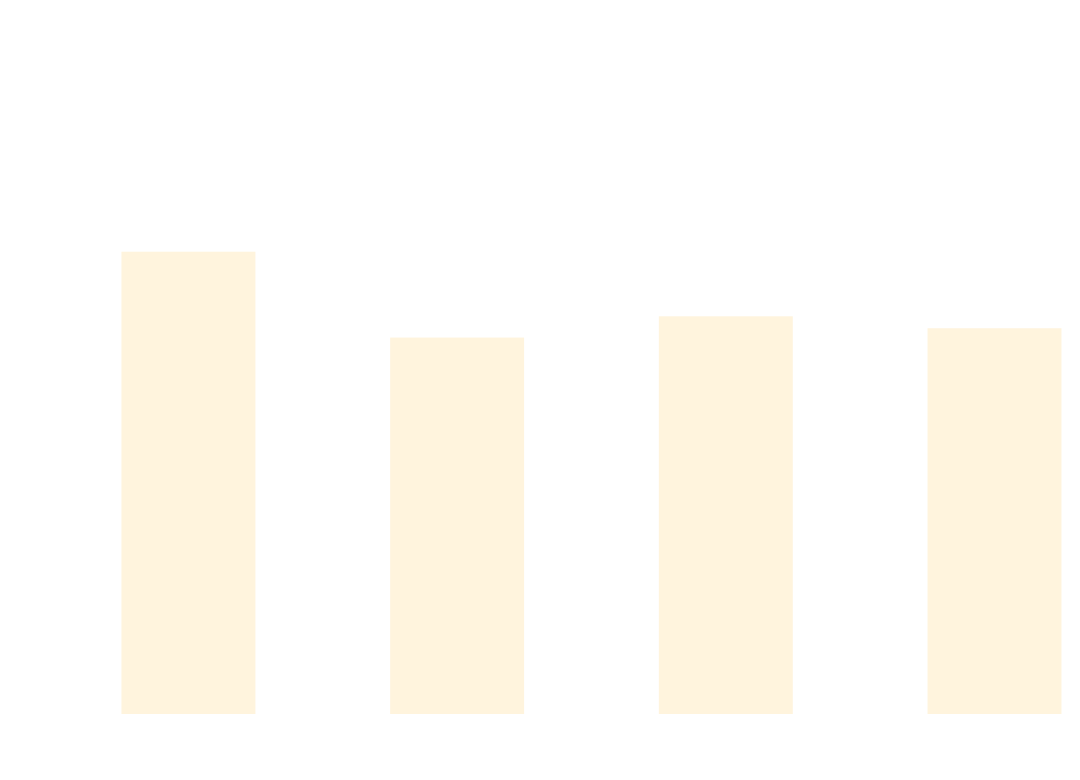
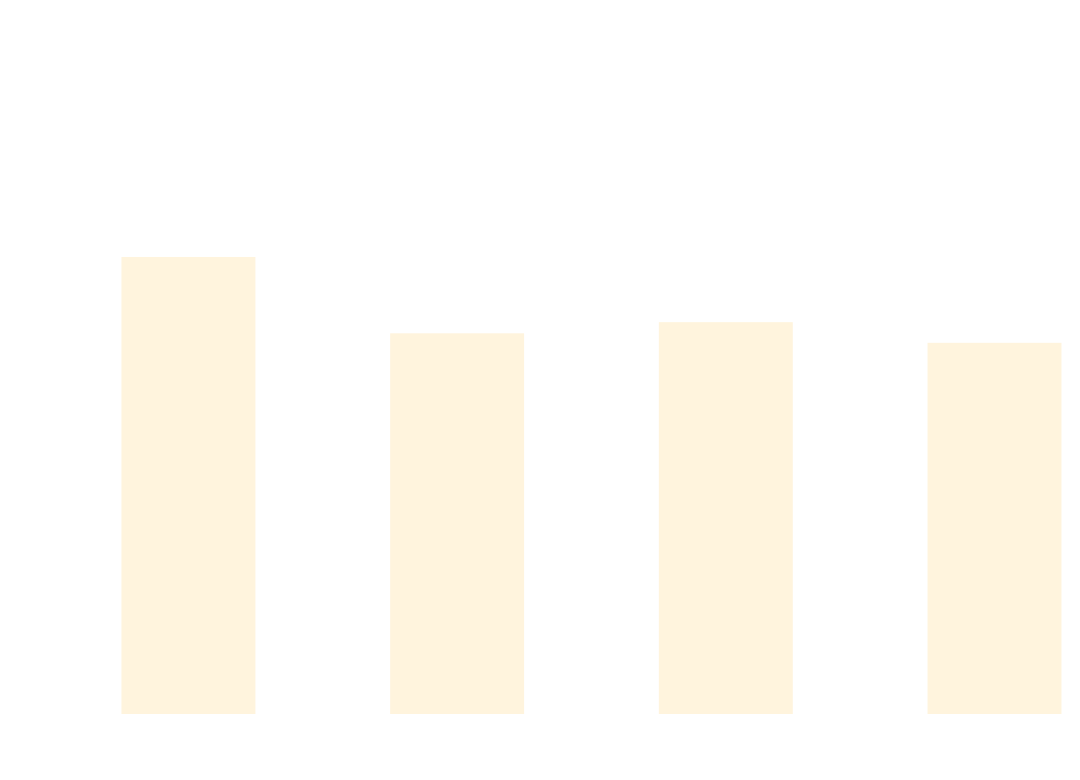
One commit to thomhurst/TUnit changed the diagram in docs/docs/benchmarks/BuildTime.md. Above: the diagram before and after it, drawn with Mermaid. The commit also changed other lines of this file and 17 other files, not shown here.

````diff
--- a/docs/docs/benchmarks/BuildTime.md
+++ b/docs/docs/benchmarks/BuildTime.md
@@ -28,37 +28,37 @@
 ```mermaid
 %%{init: {
   'theme':'base',
   'themeVariables': {
     'primaryColor': '#2563eb',
     'primaryTextColor': '#ffffff',
     'primaryBorderColor': '#1e40af',
     'lineColor': '#6b7280',
     'secondaryColor': '#7c3aed',
     'tertiaryColor': '#dc2626',
     'background': '#ffffff',
     'mainBkg': '#2563eb',
     'secondBkg': '#7c3aed',
     'tertiaryBkg': '#dc2626',
     'clusterBkg': '#f3f4f6',
     'edgeLabelBackground': '#ffffff',
     'tertiaryTextColor': '#1f2937',
     'pie1': '#2563eb',
     'pie2': '#7c3aed',
     'pie3': '#dc2626',
     'pie4': '#f59e0b',
     'pie5': '#10b981',
     'pie6': '#06b6d4',
     'pie7': '#ec4899',
     'pie8': '#6366f1',
     'pie9': '#84cc16',
     'pie10': '#f97316',
     'pie11': '#14b8a6',
     'pie12': '#a855f7'
   }
 }}%%
 xychart-beta
   title "Build Time Comparison"
   x-axis ["Build_TUnit", "Build_NUnit", "Build_MSTest", "Build_xUnit3"]
   y-axis "Time (s)" 0 --> 3
-  bar [2.22, 1.796, 1.901, 1.842]
+  bar [2.194, 1.817, 1.872, 1.77]
 ```
````
